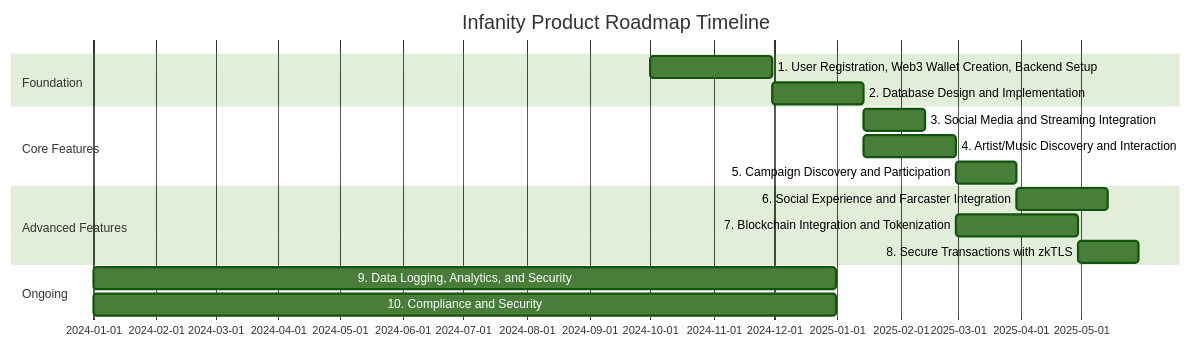
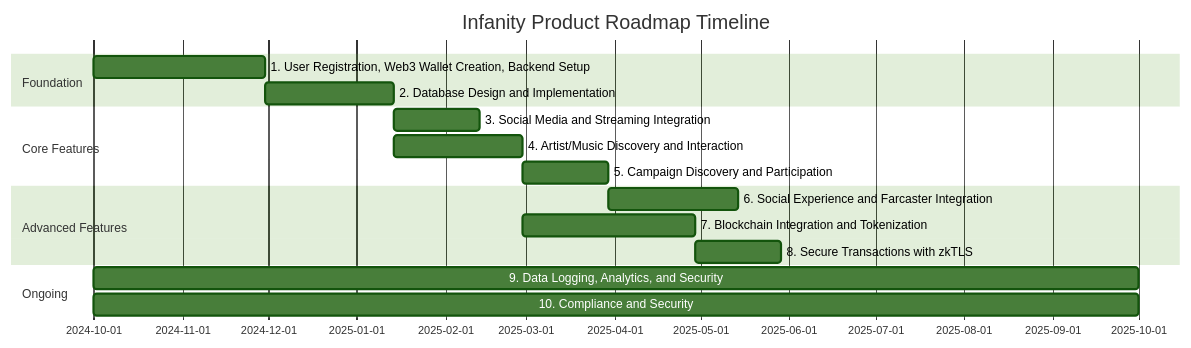
Before and after one commit to lesgreys/infanity: the diagram in epicchart.mermaid, drawn with Mermaid (forest theme).

```diff
--- a/epicchart.mermaid
+++ b/epicchart.mermaid
@@ -1,17 +1,17 @@
 gantt
     title Infanity Product Roadmap Timeline
     dateFormat  YYYY-MM-DD
     section Foundation
     1. User Registration, Web3 Wallet Creation, Backend Setup :a1, 2024-10-01, 60d
     2. Database Design and Implementation :a2, after a1, 45d
     section Core Features
     3. Social Media and Streaming Integration :a3, after a2, 30d
     4. Artist/Music Discovery and Interaction :a4, after a2, 45d
     5. Campaign Discovery and Participation :a5, after a3 a4, 30d
     section Advanced Features
     6. Social Experience and Farcaster Integration :a6, after a5, 45d
     7. Blockchain Integration and Tokenization :a7, after a4, 60d
     8. Secure Transactions with zkTLS :a8, after a7, 30d
     section Ongoing
-    9. Data Logging, Analytics, and Security :a9, 2024-01-01, 365d
-    10. Compliance and Security :a10, 2024-01-01, 365d
+    9. Data Logging, Analytics, and Security :a9, 2024-10-01, 365d
+    10. Compliance and Security :a10, 2024-10-01, 365d
```
